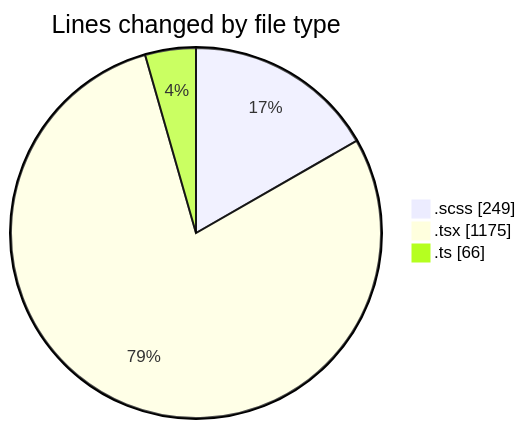
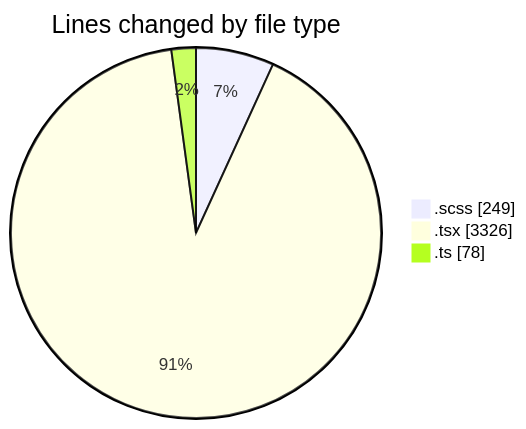
One commit to momahboobian/code-tracking changed the first of 2 diagrams in 2025-09-26/cda/README.md. Above: the diagram before and after it, drawn with Mermaid. The commit also changed other lines of this file and 1 other file, not shown here.

````diff
--- a/2025-09-26/cda/README.md
+++ b/2025-09-26/cda/README.md
@@ -23,7 +23,7 @@
 ```mermaid
 pie showData
 title Lines changed by file type
 ".scss" : 249
-".tsx" : 1175
-".ts" : 66
+".tsx" : 3326
+".ts" : 78
 ```
````
